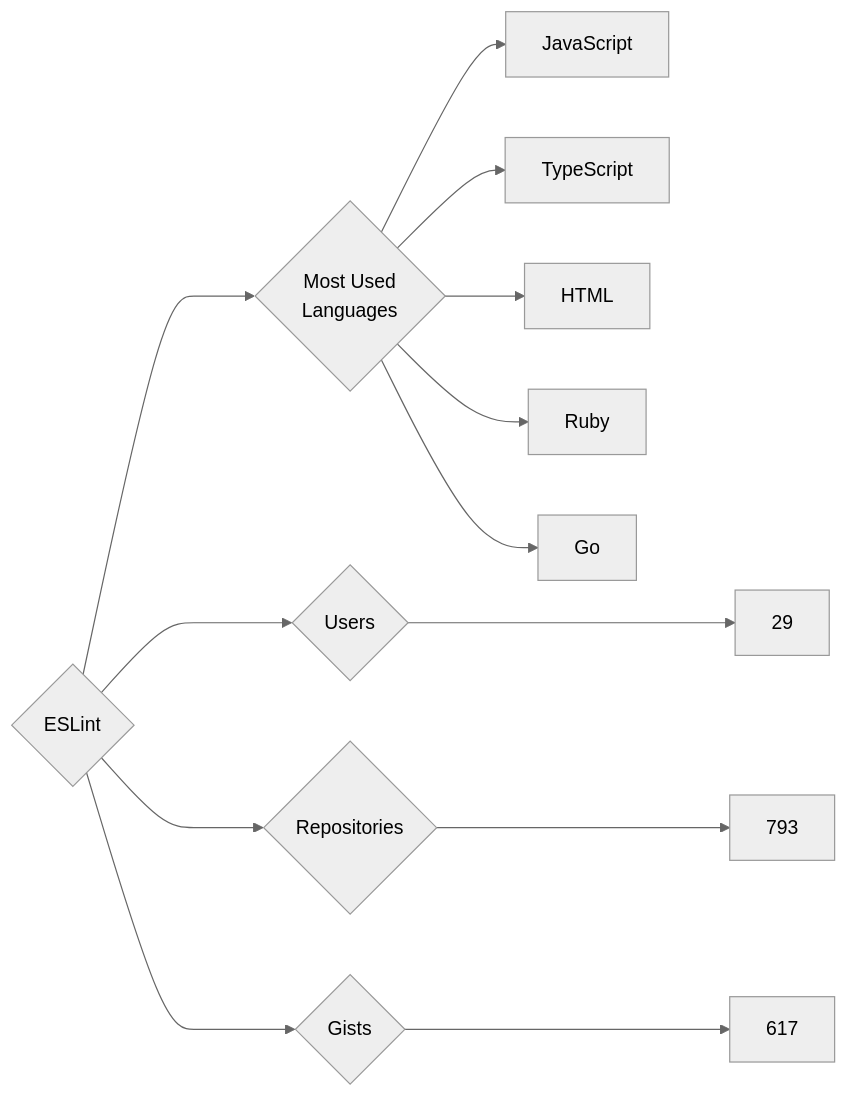
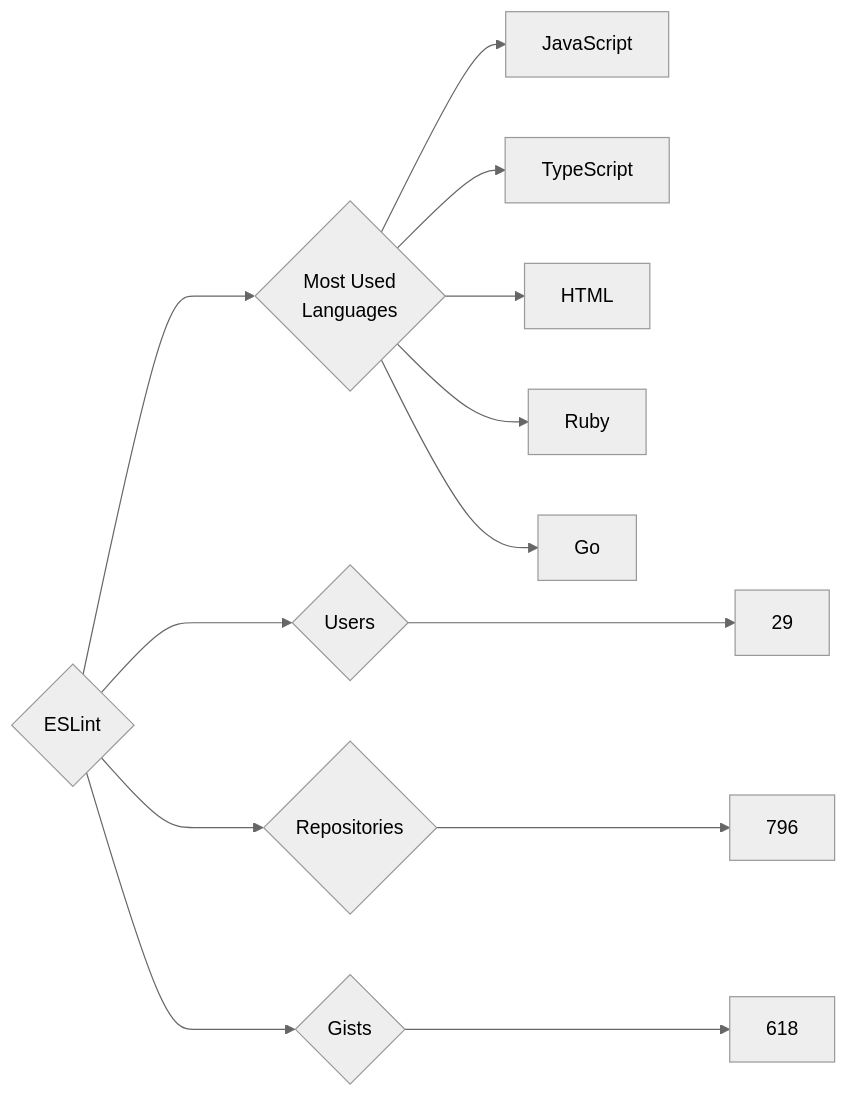
Before and after one commit to trickest/insiders: the diagram in targets/ESLint/README.md, drawn with Mermaid (neutral theme). The commit also changed 944 other files, not shown here.

````diff
--- a/targets/ESLint/README.md
+++ b/targets/ESLint/README.md
@@ -3,13 +3,13 @@
 ```mermaid
 graph LR
 COMPANY_NAME{ESLint}
 COMPANY_NAME ---> U{Users} ---> UN[29]
-COMPANY_NAME ---> R{Repositories} ---> RN[793]
-COMPANY_NAME ---> G{Gists} ---> GN[617]
+COMPANY_NAME ---> R{Repositories} ---> RN[796]
+COMPANY_NAME ---> G{Gists} ---> GN[618]
 COMPANY_NAME ---> ML{Most Used<br>Languages}
 ML --> JavaScript[JavaScript]
 ML --> TypeScript[TypeScript]
 ML --> HTML[HTML]
 ML --> Ruby[Ruby]
 ML --> Go[Go]
 ```
````
